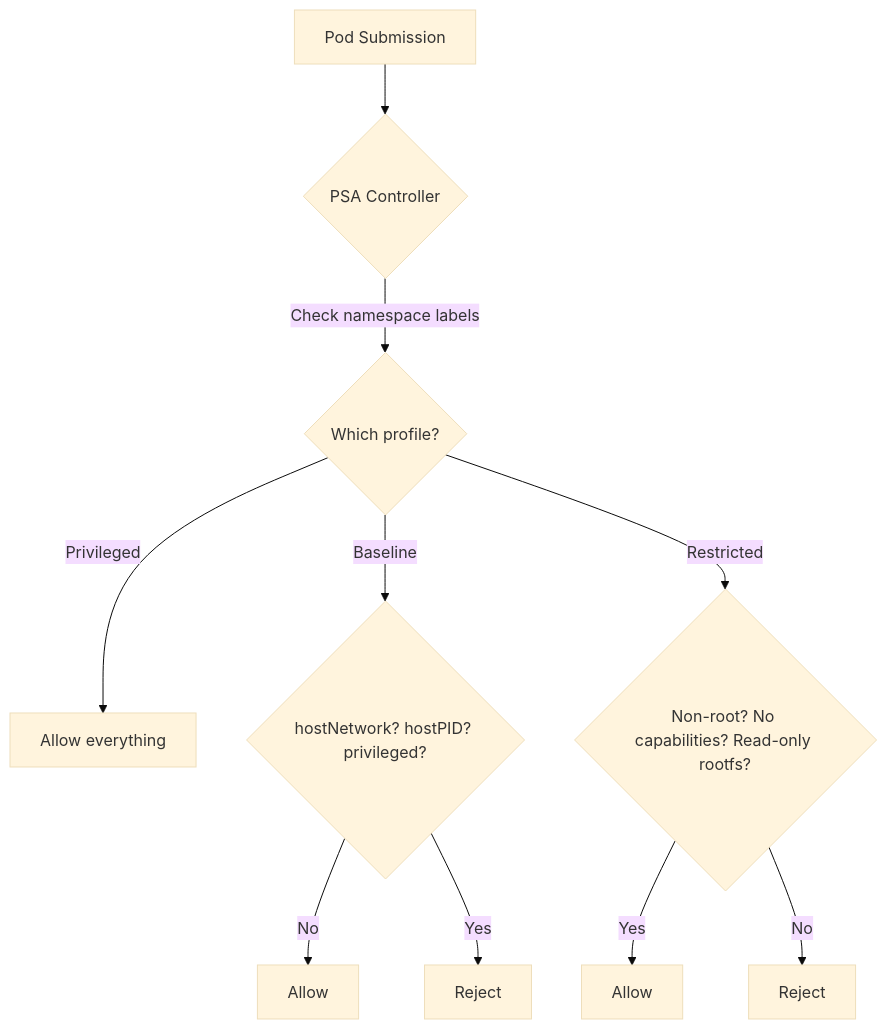
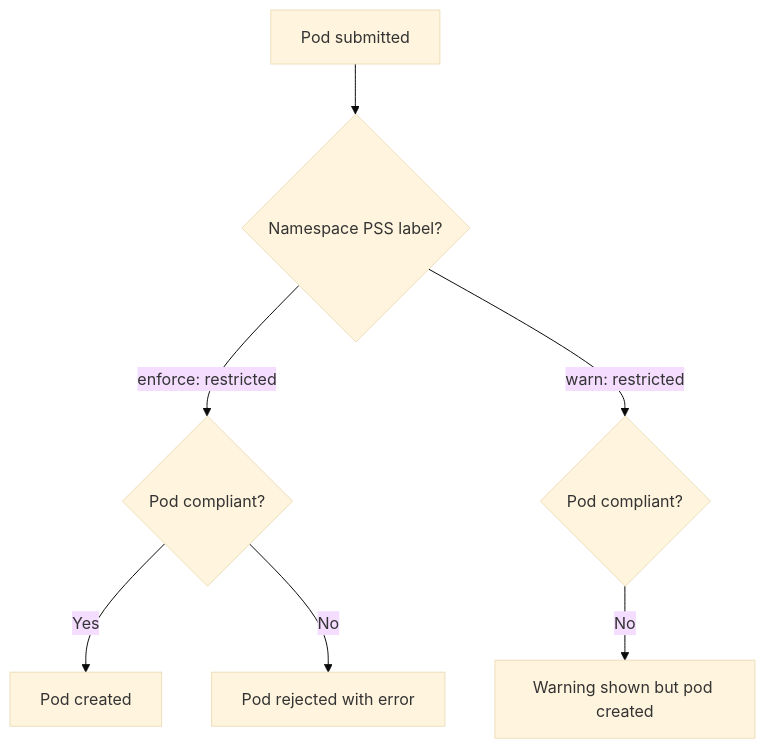
Before and after one commit to greg4fun/kubernetesrecipes.github.io: the diagram in src/content/recipes/kubernetes-pod-security-standards.md, drawn with Mermaid (base theme). The commit also changed other lines of this file and 19 other files, not shown here.

````diff
--- a/src/content/recipes/kubernetes-pod-security-standards.md
+++ b/src/content/recipes/kubernetes-pod-security-standards.md
@@ -100,12 +93,9 @@
 ```mermaid
 graph TD
-    A[Pod Submission] --> B{PSA Controller}
-    B -->|Check namespace labels| C{Which profile?}
-    C -->|Privileged| D[Allow everything]
-    C -->|Baseline| E{hostNetwork? hostPID? privileged?}
-    E -->|No| F[Allow]
-    E -->|Yes| G[Reject]
-    C -->|Restricted| H{Non-root? No capabilities? Read-only rootfs?}
-    H -->|Yes| I[Allow]
-    H -->|No| J[Reject]
+    A[Pod submitted] --> B{Namespace PSS label?}
+    B -->|enforce: restricted| C{Pod compliant?}
+    C -->|Yes| D[Pod created]
+    C -->|No| E[Pod rejected with error]
+    B -->|warn: restricted| F{Pod compliant?}
+    F -->|No| G[Warning shown but pod created]
 ```
````
